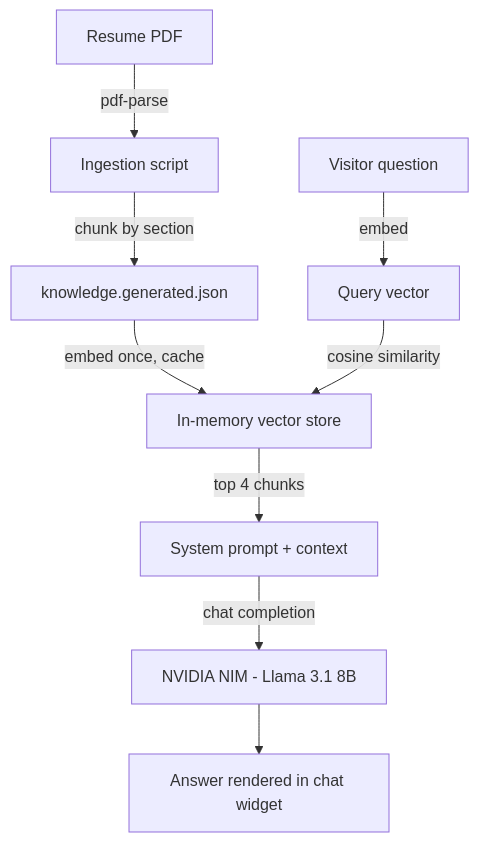
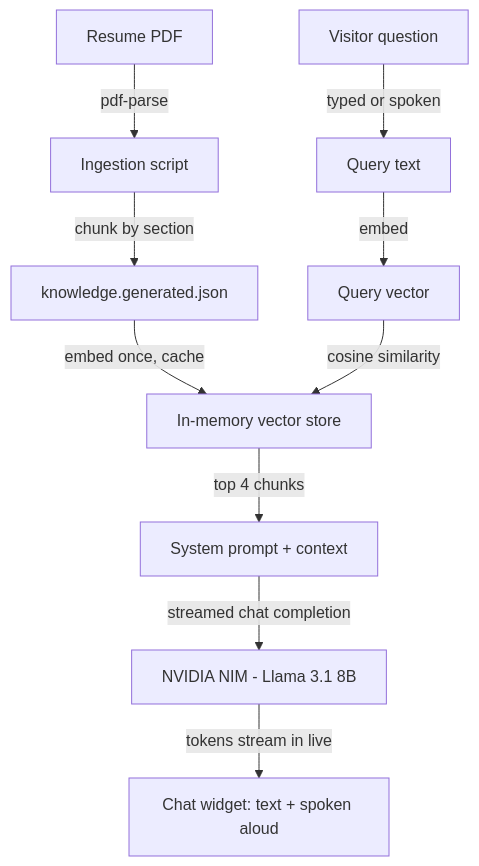
The diagram in README.md (devpatel6780/PersonalPortfolio), drawn with Mermaid before and after one commit. The commit also changed other lines of this file, not shown here.

First line of the commit message:
Update README for streaming, voice chat, and the light theme redesign

````diff
--- a/README.md
+++ b/README.md
@@ -26,11 +27,12 @@
 ```mermaid
 flowchart TD
     A[Resume PDF] -->|pdf-parse| B[Ingestion script]
     B -->|chunk by section| C[knowledge.generated.json]
     C -->|embed once, cache| D[In-memory vector store]
-    E[Visitor question] -->|embed| F[Query vector]
-    F -->|cosine similarity| D
-    D -->|top 4 chunks| G[System prompt + context]
-    G -->|chat completion| H[NVIDIA NIM - Llama 3.1 8B]
-    H --> I[Answer rendered in chat widget]
+    E[Visitor question] -->|typed or spoken| F[Query text]
+    F -->|embed| G[Query vector]
+    G -->|cosine similarity| D
+    D -->|top 4 chunks| H[System prompt + context]
+    H -->|streamed chat completion| I[NVIDIA NIM - Llama 3.1 8B]
+    I -->|tokens stream in live| J[Chat widget: text + spoken aloud]
 ```
````
